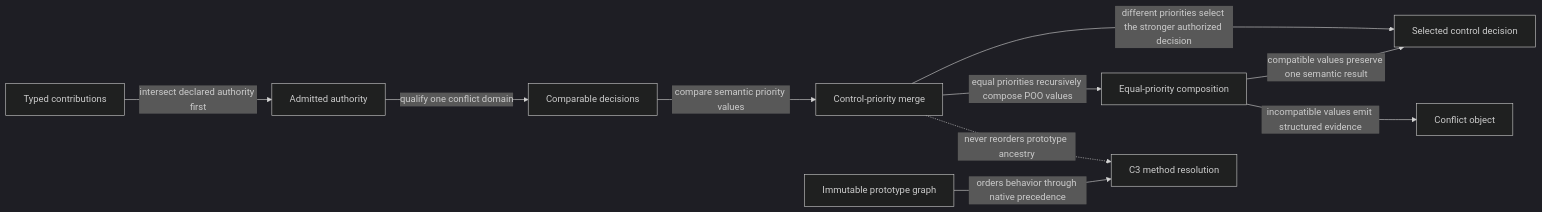
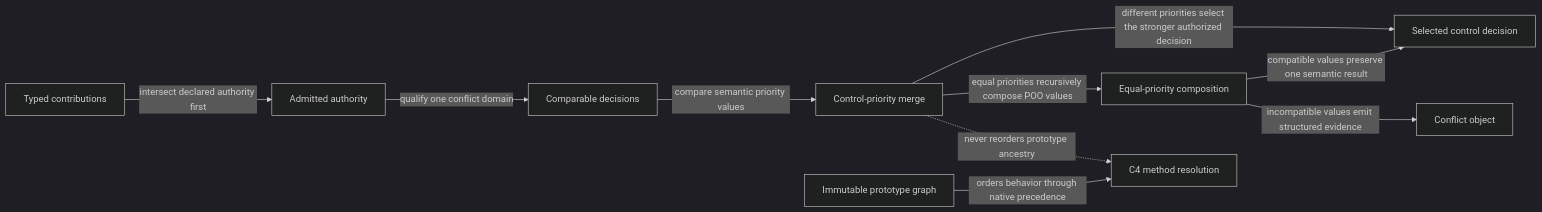
One commit to tao3k/poo-flow changed the second of 3 diagrams in docs/10-19-design/10.06-poo-module-system/45-101-typed-module-relation-contribution-composition-conflict-and-withdrawal-algebra.org. Above: the diagram before and after it, drawn with Mermaid (dark theme). The commit also changed other lines of this file and 514 other files, not shown here.

```diff
--- a/docs/10-19-design/10.06-poo-module-system/45-101-typed-module-relation-contribution-composition-conflict-and-withdrawal-algebra.org
+++ b/docs/10-19-design/10.06-poo-module-system/45-101-typed-module-relation-contribution-composition-conflict-and-withdrawal-algebra.org
@@ -463,12 +463,12 @@
 #+begin_src mermaid
 flowchart LR
   Inputs["Typed contributions"] -->|"intersect declared authority first"| Authority["Admitted authority"]
   Authority -->|"qualify one conflict domain"| Domain["Comparable decisions"]
   Domain -->|"compare semantic priority values"| Priority["Control-priority merge"]
   Priority -->|"different priorities select the stronger authorized decision"| Selected["Selected control decision"]
   Priority -->|"equal priorities recursively compose POO values"| Equal["Equal-priority composition"]
   Equal -->|"compatible values preserve one semantic result"| Selected
   Equal -->|"incompatible values emit structured evidence"| Conflict["Conflict object"]
-  Graph["Immutable prototype graph"] -->|"orders behavior through native precedence"| C3["C3 method resolution"]
-  Priority -.->|"never reorders prototype ancestry"| C3
+  Graph["Immutable prototype graph"] -->|"orders behavior through native precedence"| C4["C4 method resolution"]
+  Priority -.->|"never reorders prototype ancestry"| C4
 #+end_src
```
